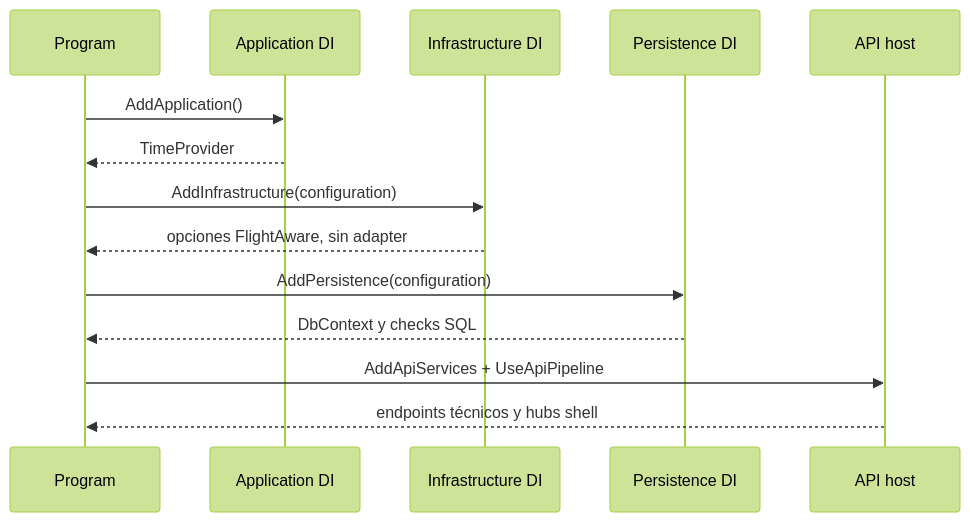
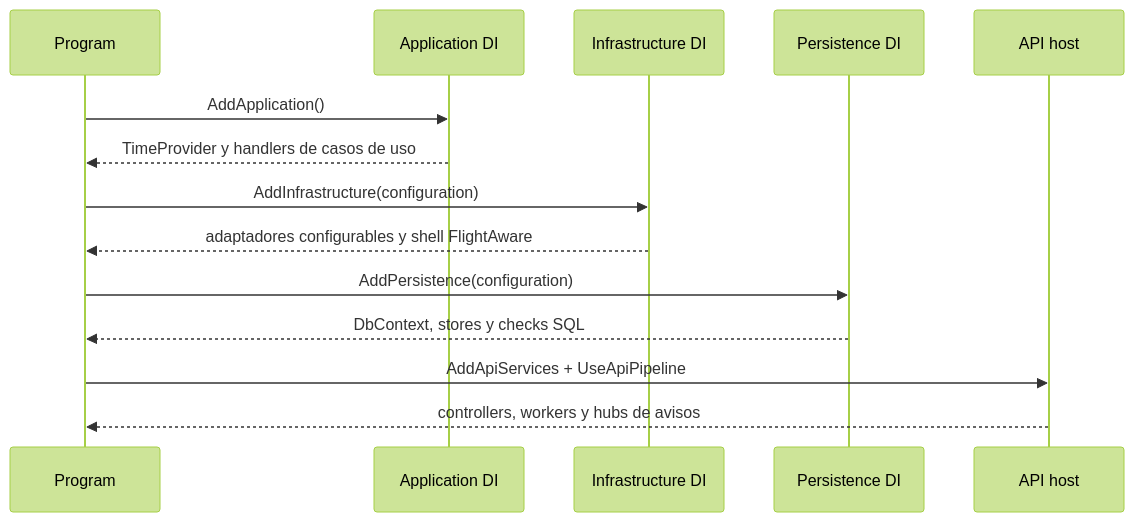
One commit to ErickEduardo027/ELEVANT changed the second of 2 diagrams in Vault/04-arquitectura/backend-dotnet-capas-y-dependencias.md. Above: the diagram before and after it, drawn with Mermaid (forest theme). The commit also changed other lines of this file and 51 other files, not shown here.

````diff
--- a/Vault/04-arquitectura/backend-dotnet-capas-y-dependencias.md
+++ b/Vault/04-arquitectura/backend-dotnet-capas-y-dependencias.md
@@ -175,17 +175,17 @@
 ```mermaid
 sequenceDiagram
     participant P as Program
     participant A as Application DI
     participant I as Infrastructure DI
     participant D as Persistence DI
     participant H as API host
 
     P->>A: AddApplication()
-    A-->>P: TimeProvider
+    A-->>P: TimeProvider y handlers de casos de uso
     P->>I: AddInfrastructure(configuration)
-    I-->>P: opciones FlightAware, sin adapter
+    I-->>P: adaptadores configurables y shell FlightAware
     P->>D: AddPersistence(configuration)
-    D-->>P: DbContext y checks SQL
+    D-->>P: DbContext, stores y checks SQL
     P->>H: AddApiServices + UseApiPipeline
-    H-->>P: endpoints técnicos y hubs shell
+    H-->>P: controllers, workers y hubs de avisos
 ```
````
